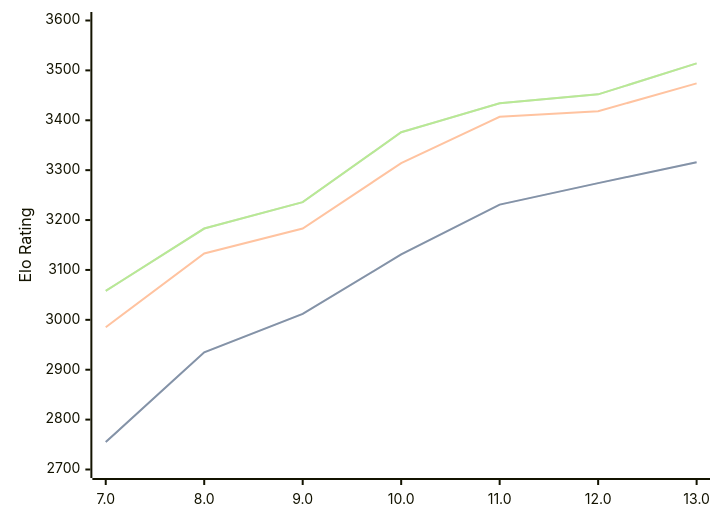
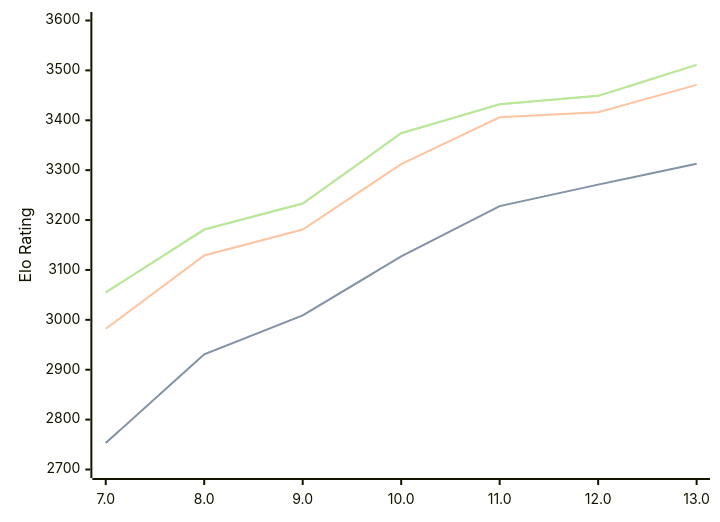
The diagram in engines/Tcheran.md (computer-chess-index/cci), drawn with Mermaid before and after one commit. The commit also changed other lines of this file, not shown here.

Commit message:
Update CCI Ratings (ELO VLTC) - 2026-08-12

````diff
--- a/engines/Tcheran.md
+++ b/engines/Tcheran.md
@@ -37,11 +37,11 @@
 ```mermaid
 %%{init: {"theme":"base","themeVariables":{"seriesColors:['#a3a3a3','#222221','#faa371']}}}%%
 xychart-beta
   x-axis ["7.0", "8.0", "9.0", "10.0", "11.0", "12.0", "13.0"]
   y-axis "Elo Rating" 2700 --> 3600
-  line "STC (8.0+0.08s)" [2755, 2935, 3012, 3131, 3231, 3274, 3316]
-  line "STC (8.0+0.08s)" [2755, 2935, 3012, 3131, 3231, 3274, 3316]
-  line "LTC (60.0+0.60s)" [2985, 3133, 3183, 3314, 3407, 3418, 3474]
-  line "VLTC (2m24s+1.12s)" [3058, 3183, 3236, 3376, 3434, 3452, 3514]
-  line "VLTC (2m24s+1.12s)" [3058, 3183, 3236, 3376, 3434, 3452, 3514]
+  line "STC (8.0+0.08s)" [2753, 2931, 3009, 3127, 3228, 3271, 3313]
+  line "STC (8.0+0.08s)" [2753, 2931, 3009, 3127, 3228, 3271, 3313]
+  line "LTC (60.0+0.60s)" [2982, 3129, 3181, 3312, 3406, 3416, 3471]
+  line "VLTC (2m24s+1.12s)" [3055, 3181, 3233, 3374, 3432, 3449, 3511]
+  line "VLTC (2m24s+1.12s)" [3055, 3181, 3233, 3374, 3432, 3449, 3511]
 ```
````
